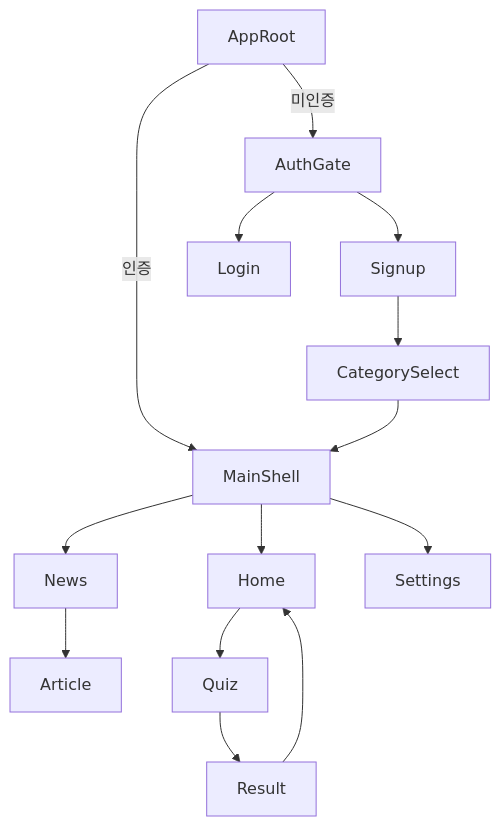
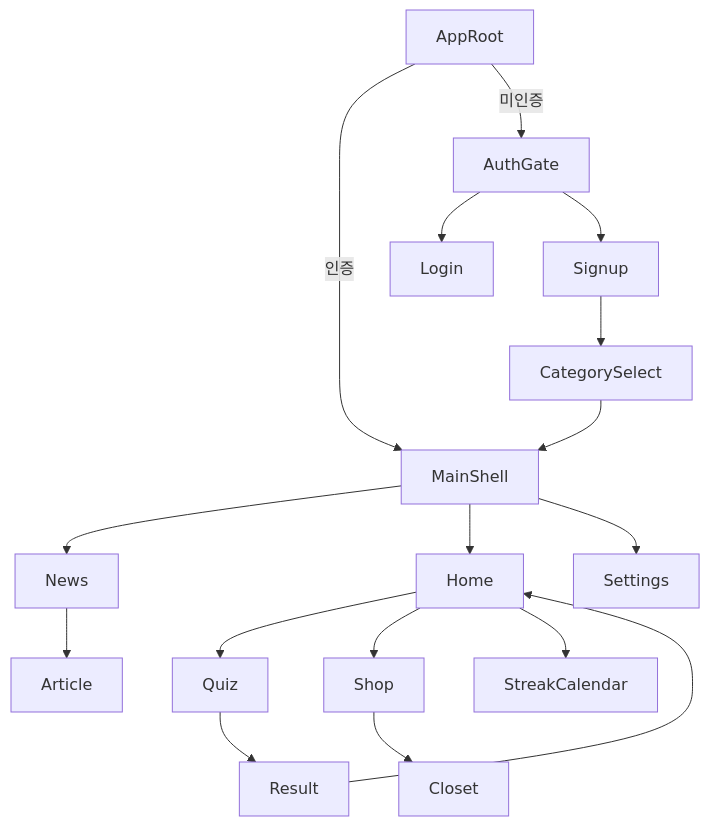
Before and after one commit to gayun829/hamfinz: the diagram in docs/screens-and-navigation.md, drawn with Mermaid. The commit also changed other lines of this file and 30 other files, not shown here.

First line of the commit message:
Add shop and streak calendar screens from Figma, opened from the home seed pouch and flame icons.

````diff
--- a/docs/screens-and-navigation.md
+++ b/docs/screens-and-navigation.md
@@ -66,16 +95,19 @@
 ```mermaid
 flowchart TD
   A[AppRoot] -->|인증| B[MainShell]
   A -->|미인증| C[AuthGate]
   C --> D[Login]
   C --> E[Signup]
   E --> F[CategorySelect]
   F --> B
   B --> G[News]
   B --> H[Home]
   B --> I[Settings]
   H --> J[Quiz]
   J --> K[Result]
   K --> H
+  H --> S[Shop]
+  S --> T[Closet]
+  H --> U[StreakCalendar]
   G --> L[Article]
 ```
````
